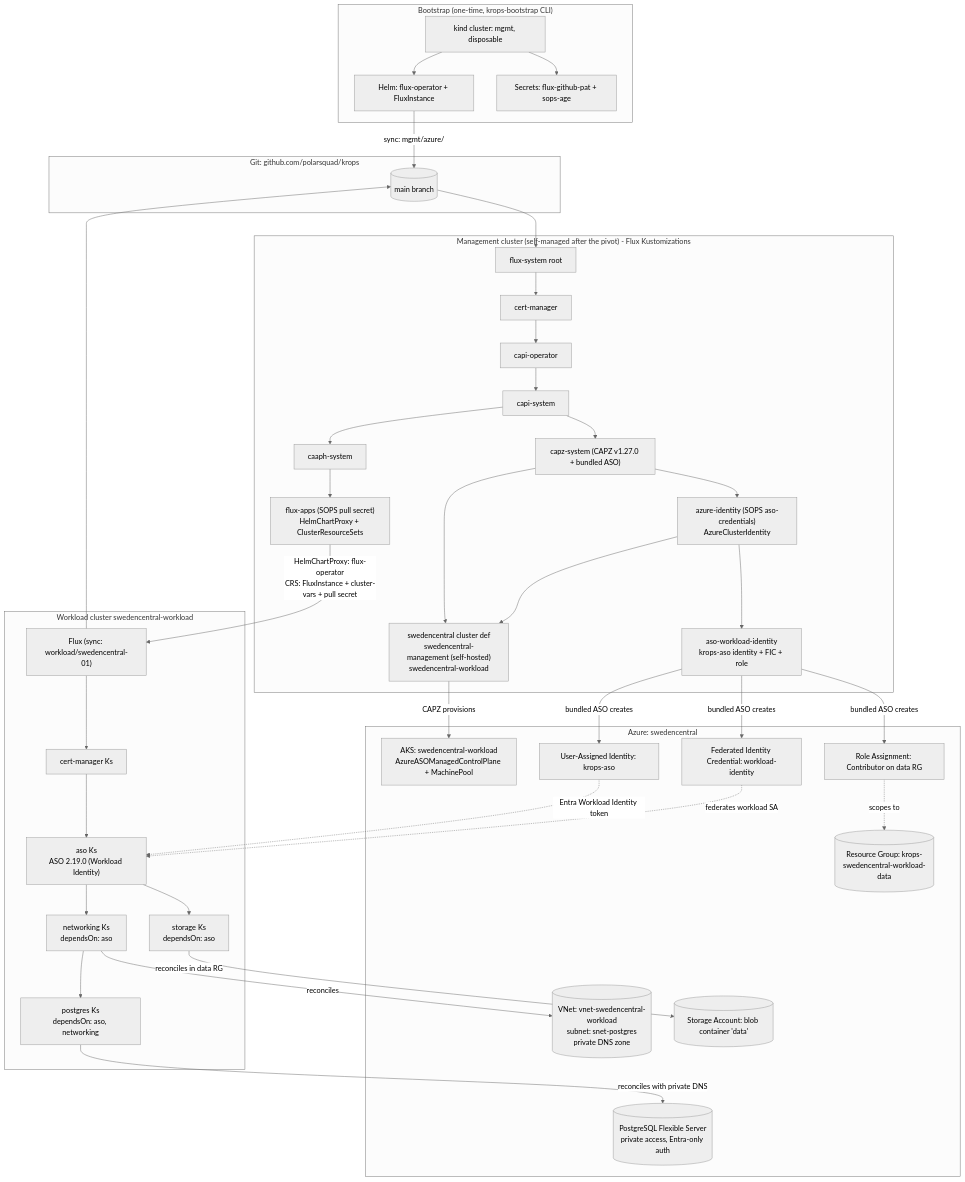
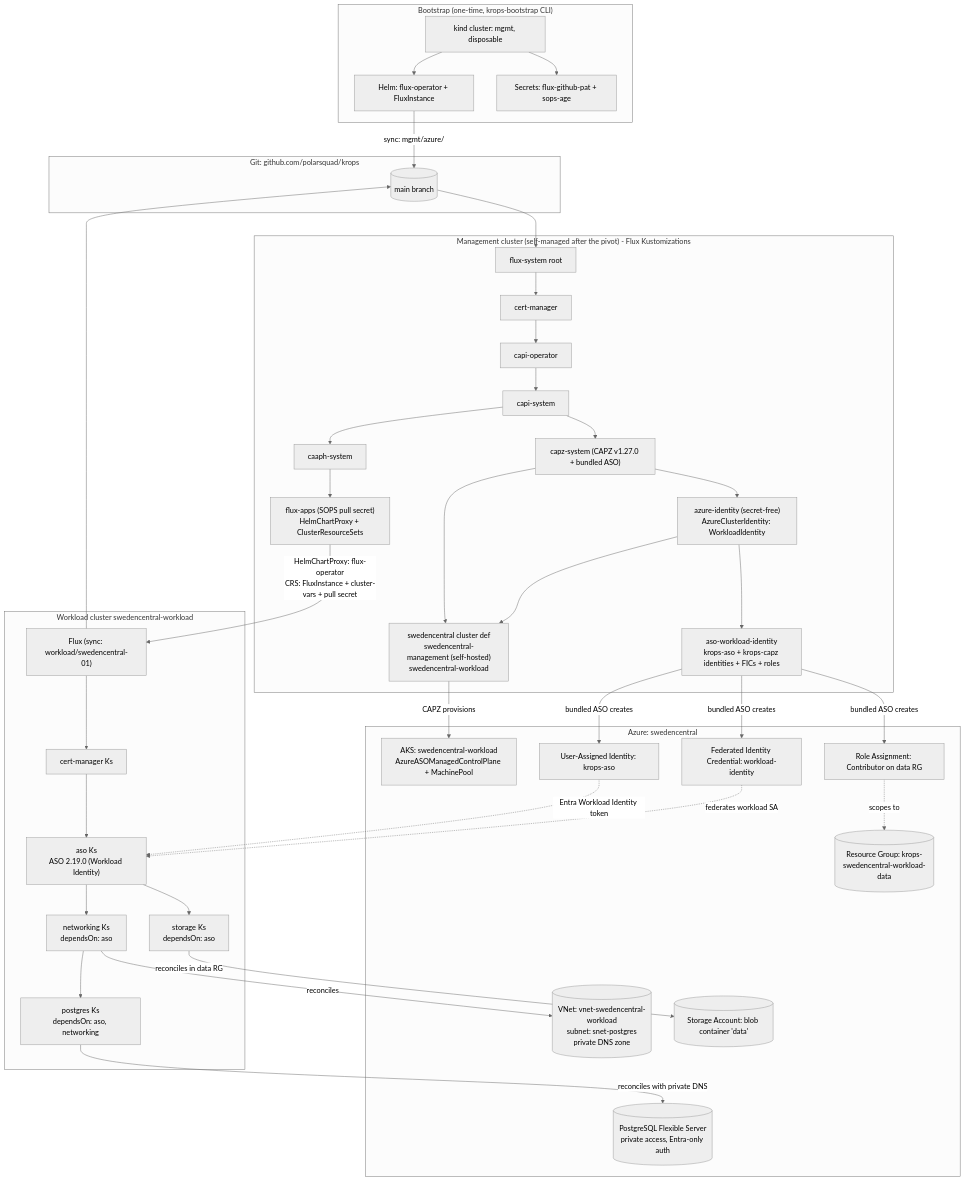
One commit to polarsquad/krops changed the second of 4 diagrams in docs/architecture.md. Above: the diagram before and after it, drawn with Mermaid (neutral theme). The commit also changed other lines of this file and 2 other files, not shown here.

First line of the commit message:
docs: align diagrams with post-merge main (Arc identity, x86 pools)

````diff
--- a/docs/architecture.md
+++ b/docs/architecture.md
@@ -221,75 +225,75 @@
 ```mermaid
 flowchart TD
     subgraph bootstrap["Bootstrap (one-time, krops-bootstrap CLI)"]
         KIND[kind cluster: mgmt, disposable]
         HELM[Helm: flux-operator + FluxInstance]
         SEC[Secrets: flux-github-pat + sops-age]
         KIND --> HELM
         KIND --> SEC
     end
 
     subgraph git["Git: github.com/polarsquad/krops"]
         REPO[(main branch)]
     end
 
     HELM -->|"sync: mgmt/azure/"| REPO
 
     subgraph mgmt["Management cluster (self-managed after the pivot) - Flux Kustomizations"]
         FS[flux-system root]
         CM[cert-manager]
         CO[capi-operator]
         CAPIS[capi-system]
         CAPZS["capz-system (CAPZ v1.27.0 + bundled ASO)"]
         CAAPH[caaph-system]
-        AZID["azure-identity (SOPS aso-credentials)<br/>AzureClusterIdentity"]
-        ASOWI["aso-workload-identity<br/>krops-aso identity + FIC + role"]
+        AZID["azure-identity (secret-free)<br/>AzureClusterIdentity: WorkloadIdentity"]
+        ASOWI["aso-workload-identity<br/>krops-aso + krops-capz identities + FICs + roles"]
         SWEDENC["swedencentral cluster def<br/>swedencentral-management (self-hosted)<br/>swedencentral-workload"]
         FA["flux-apps (SOPS pull secret)<br/>HelmChartProxy + ClusterResourceSets"]
 
         FS --> CM --> CO --> CAPIS --> CAPZS
         CAPIS --> CAAPH --> FA
         CAPZS --> AZID --> ASOWI
         CAPZS --> SWEDENC
         AZID --> SWEDENC
     end
 
     REPO --> FS
 
     subgraph azure["Azure: swedencentral"]
         AKS[AKS: swedencentral-workload<br/>AzureASOManagedControlPlane + MachinePool]
         UAI[User-Assigned Identity: krops-aso]
         FIC[Federated Identity Credential: workload-identity]
         ROLE[Role Assignment: Contributor on data RG]
         RG[(Resource Group: krops-swedencentral-workload-data)]
         VNET[(VNet: vnet-swedencentral-workload<br/>subnet: snet-postgres<br/>private DNS zone)]
         SA[(Storage Account: blob container 'data')]
         PSQL[(PostgreSQL Flexible Server<br/>private access, Entra-only auth)]
     end
 
     SWEDENC -->|CAPZ provisions| AKS
     ASOWI -->|bundled ASO creates| UAI
     ASOWI -->|bundled ASO creates| FIC
     ASOWI -->|bundled ASO creates| ROLE
     ROLE -.->|scopes to| RG
 
     FA -->|"HelmChartProxy: flux-operator<br/>CRS: FluxInstance + cluster-vars + pull secret"| WF
 
     subgraph wl["Workload cluster swedencentral-workload"]
         WF["Flux (sync: workload/swedencentral-01)"]
         WCM["cert-manager Ks"]
         WASO["aso Ks<br/>ASO 2.19.0 (Workload Identity)"]
         WNET["networking Ks<br/>dependsOn: aso"]
         WSTOR["storage Ks<br/>dependsOn: aso"]
         WPSQL["postgres Ks<br/>dependsOn: aso, networking"]
 
         WF --> WCM --> WASO --> WNET --> WPSQL
         WASO --> WSTOR
     end
 
     WF --> REPO
     UAI -.->|Entra Workload Identity token| WASO
     FIC -.->|federates workload SA| WASO
     WNET -->|reconciles| VNET
     WSTOR -->|reconciles in data RG| SA
     WPSQL -->|reconciles with private DNS| PSQL
 ```
````
